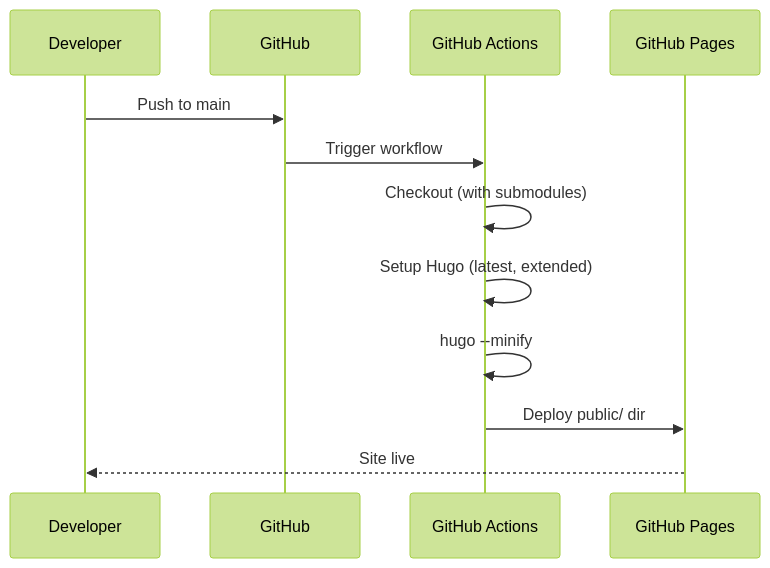
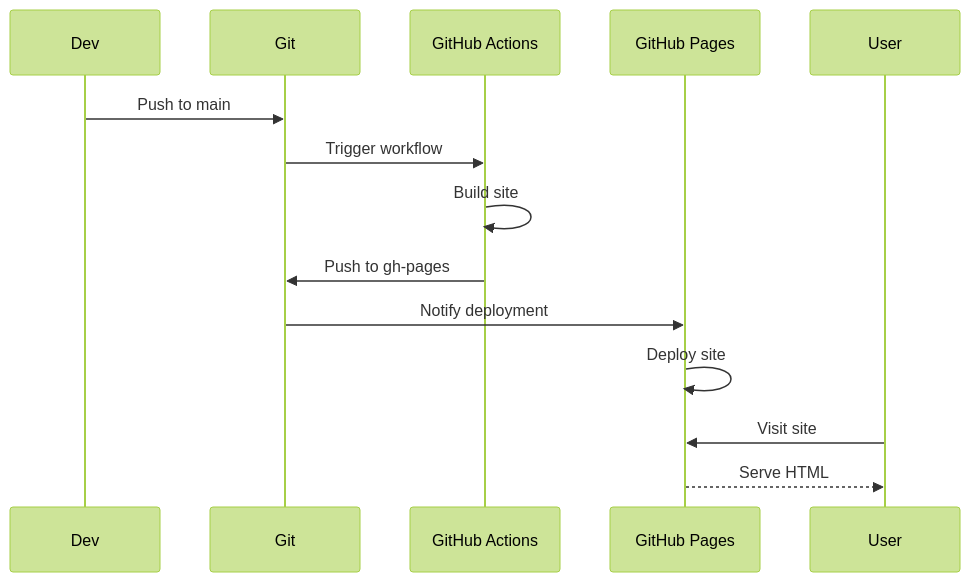
Before and after one commit to citosid/citosid.github.io: the third of 3 diagrams in .sop/summary/interfaces.md, drawn with Mermaid (forest theme). The commit also changed other lines of this file and 9 other files, not shown here.

````diff
--- a/.sop/summary/interfaces.md
+++ b/.sop/summary/interfaces.md
@@ -62,15 +530,17 @@
 ```mermaid
 sequenceDiagram
-    participant Dev as Developer
-    participant GH as GitHub
-    participant GA as GitHub Actions
-    participant GP as GitHub Pages
-
-    Dev->>GH: Push to main
-    GH->>GA: Trigger workflow
-    GA->>GA: Checkout (with submodules)
-    GA->>GA: Setup Hugo (latest, extended)
-    GA->>GA: hugo --minify
-    GA->>GP: Deploy public/ dir
-    GP-->>Dev: Site live
+    participant Dev
+    participant Git
+    participant GHA as GitHub Actions
+    participant GHP as GitHub Pages
+    participant User
+    
+    Dev->>Git: Push to main
+    Git->>GHA: Trigger workflow
+    GHA->>GHA: Build site
+    GHA->>Git: Push to gh-pages
+    Git->>GHP: Notify deployment
+    GHP->>GHP: Deploy site
+    User->>GHP: Visit site
+    GHP-->>User: Serve HTML
 ```
````
